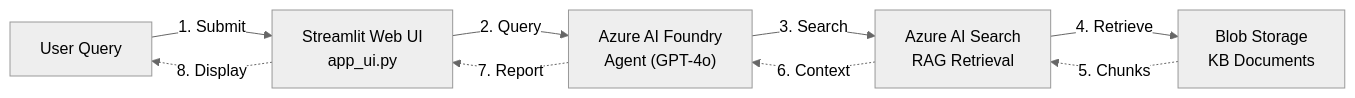
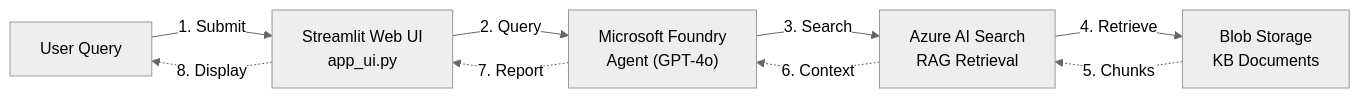
One commit to ADKWDHQWQHDQI/Agent-using-GHCP changed the diagram in lab/instructions/00_Introduction.md. Above: the diagram before and after it, drawn with Mermaid (neutral theme). The commit also changed other lines of this file and 3 other files, not shown here.

First line of the commit message:
Update lab instructions: replace AI Foundry Hub with Microsoft Foundry resource, fix KB creation workflow

````diff
--- a/lab/instructions/00_Introduction.md
+++ b/lab/instructions/00_Introduction.md
@@ -24,11 +24,11 @@
 ```mermaid
 flowchart LR
     U[" User Query"] -->|"1. Submit"| UI[" Streamlit Web UI\napp_ui.py"]
-    UI -->|"2. Query"| A[" Azure AI Foundry\nAgent (GPT-4o)"]
+    UI -->|"2. Query"| A[" Microsoft Foundry\nAgent (GPT-4o)"]
     A -->|"3. Search"| S[" Azure AI Search\nRAG Retrieval"]
     S -->|"4. Retrieve"| B[" Blob Storage\nKB Documents"]
     B -.->|"5. Chunks"| S
     S -.->|"6. Context"| A
     A -.->|"7. Report"| UI
     UI -.->|"8. Display"| U
 ```
````
